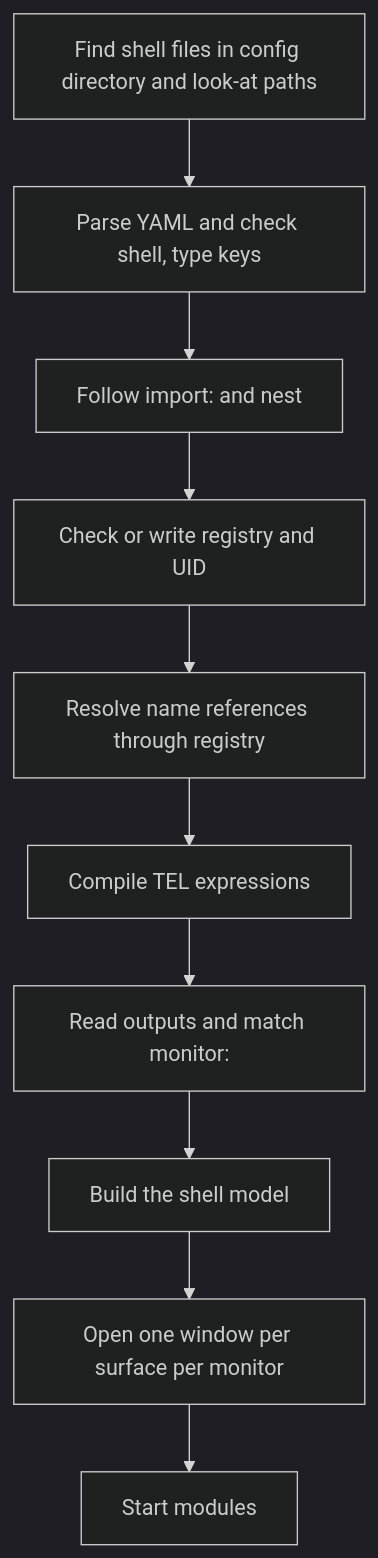
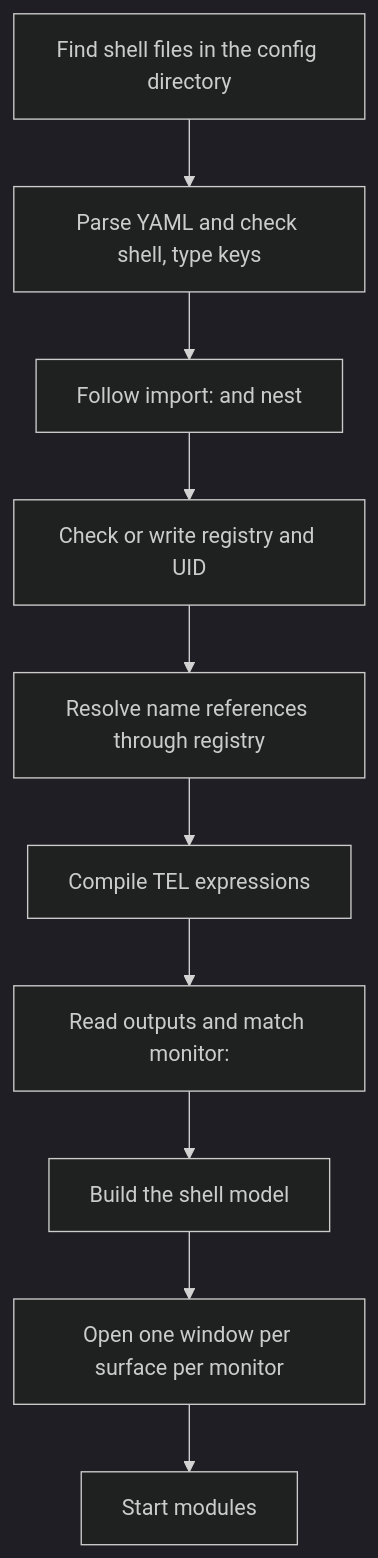
Before and after one commit to mindderivative/tess-shell: the first of 3 diagrams in 20 Architecture/Data Flow.md, drawn with Mermaid (dark theme). The commit also changed 5 other files, not shown here.

Commit message:
Require the config directory for modules, styles, themes and stylesheets; fix the validation cache location

````diff
--- a/20 Architecture/Data Flow.md
+++ b/20 Architecture/Data Flow.md
@@ -21,12 +21,12 @@
 ```mermaid
 flowchart TD
-    a[Find shell files in config directory and look-at paths] --> b[Parse YAML and check shell, type keys]
+    a[Find shell files in the config directory] --> b[Parse YAML and check shell, type keys]
     b --> c[Follow import: and nest]
     c --> d[Check or write registry and UID]
     d --> e[Resolve name references through registry]
     e --> f[Compile TEL expressions]
     f --> g[Read outputs and match monitor:]
     g --> h[Build the shell model]
     h --> i[Open one window per surface per monitor]
     i --> j[Start modules]
 ```
````
